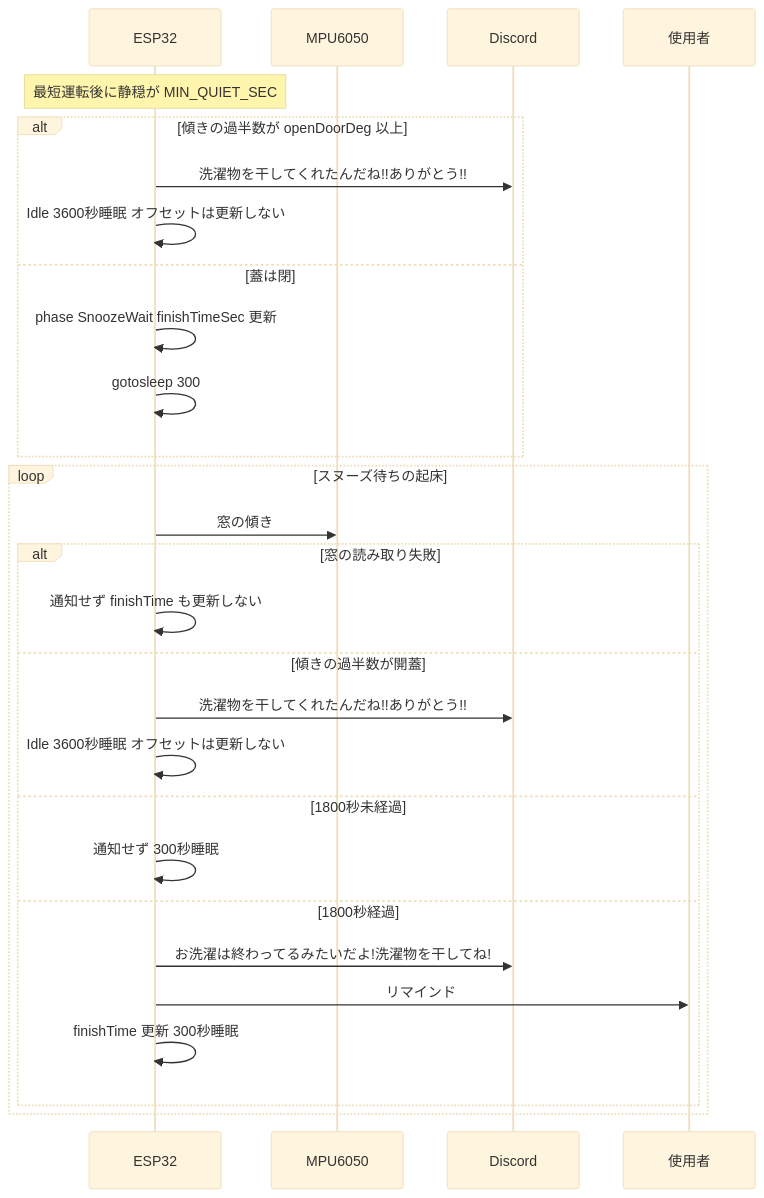
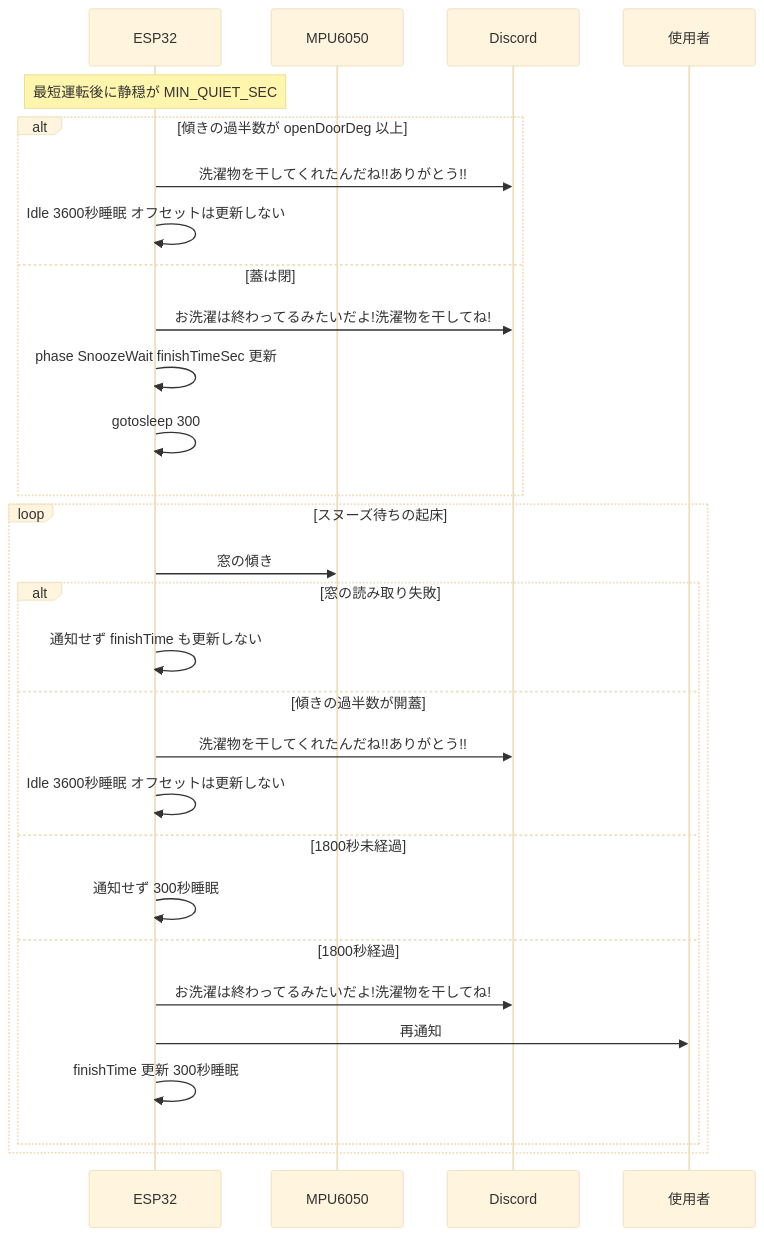
One commit to ayappy-mugicha/washing-machine-sensor-for-ESP changed the fourth of 5 diagrams in docs/README.md. Above: the diagram before and after it, drawn with Mermaid (base theme). The commit also changed other lines of this file and 4 other files, not shown here.

````diff
--- a/docs/README.md
+++ b/docs/README.md
@@ -217,31 +217,32 @@
 ```mermaid
 sequenceDiagram
   participant ESP as ESP32
   participant MPU as MPU6050
   participant Discord as Discord
   participant User as 使用者
 
   Note over ESP: 最短運転後に静穏が MIN_QUIET_SEC
   alt 傾きの過半数が openDoorDeg 以上
     ESP->>Discord: 洗濯物を干してくれたんだね!!ありがとう!!
     ESP->>ESP: Idle 3600秒睡眠 オフセットは更新しない
   else 蓋は閉
+    ESP->>Discord: お洗濯は終わってるみたいだよ!洗濯物を干してね!
     ESP->>ESP: phase SnoozeWait finishTimeSec 更新
     ESP->>ESP: gotosleep 300
   end
   loop スヌーズ待ちの起床
     ESP->>MPU: 窓の傾き
     alt 窓の読み取り失敗
       ESP->>ESP: 通知せず finishTime も更新しない
     else 傾きの過半数が開蓋
       ESP->>Discord: 洗濯物を干してくれたんだね!!ありがとう!!
       ESP->>ESP: Idle 3600秒睡眠 オフセットは更新しない
     else 1800秒未経過
       ESP->>ESP: 通知せず 300秒睡眠
     else 1800秒経過
       ESP->>Discord: お洗濯は終わってるみたいだよ!洗濯物を干してね!
-      ESP->>User: リマインド
+      ESP->>User: 再通知
       ESP->>ESP: finishTime 更新 300秒睡眠
     end
   end
 ```
````
